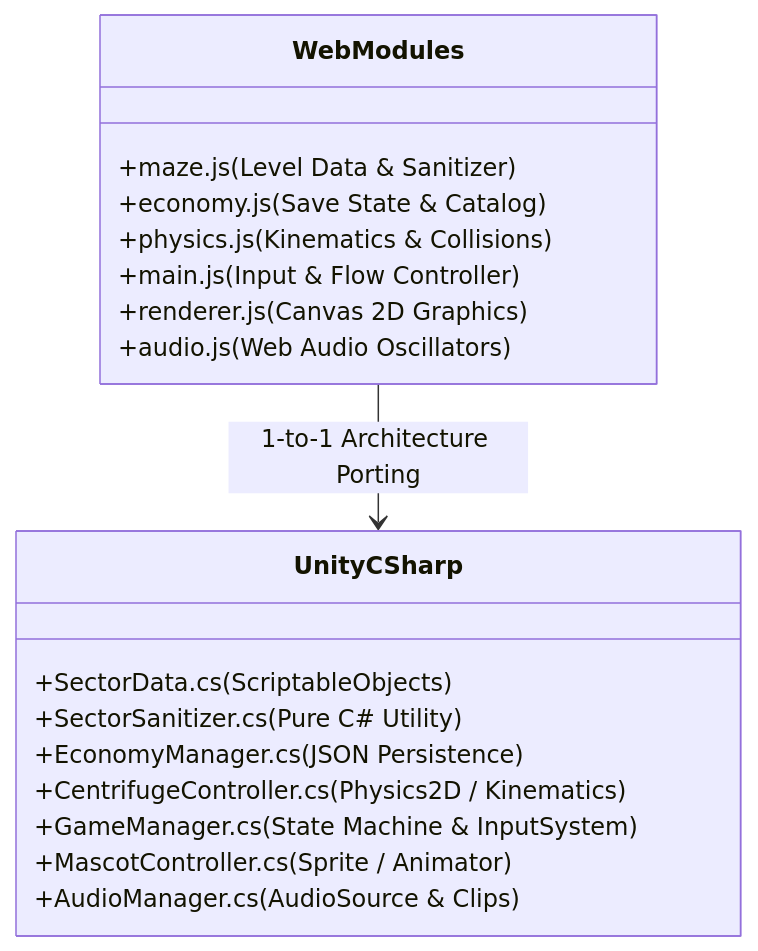
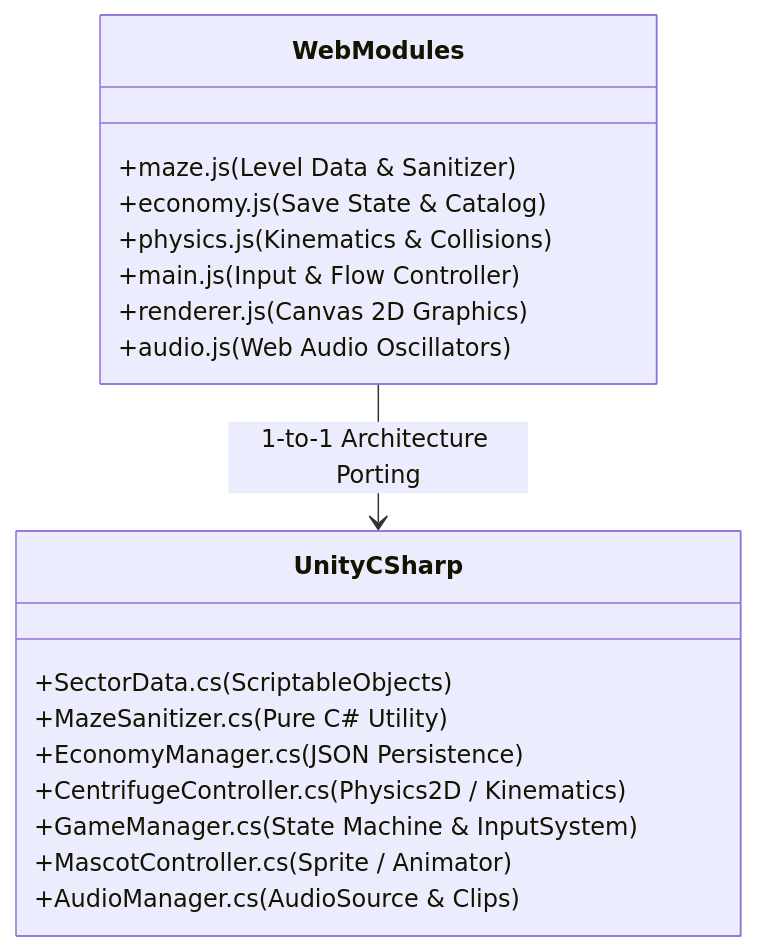
One commit to PhoenixNest/AGENT-PLAYGROUND changed the second of 9 diagrams in games/maze-puzzle/08_UNITY_MIGRATION_AND_IOS_DEPLOYMENT_PLAN.md. Above: the diagram before and after it, drawn with Mermaid. The commit also changed other lines of this file and 90 other files, not shown here.

````diff
--- a/games/maze-puzzle/08_UNITY_MIGRATION_AND_IOS_DEPLOYMENT_PLAN.md
+++ b/games/maze-puzzle/08_UNITY_MIGRATION_AND_IOS_DEPLOYMENT_PLAN.md
@@ -91,23 +106,23 @@
 ```mermaid
 classDiagram
     class WebModules {
         +maze.js (Level Data & Sanitizer)
         +economy.js (Save State & Catalog)
         +physics.js (Kinematics & Collisions)
         +main.js (Input & Flow Controller)
         +renderer.js (Canvas 2D Graphics)
         +audio.js (Web Audio Oscillators)
     }
 
     class UnityCSharp {
         +SectorData.cs (ScriptableObjects)
-        +SectorSanitizer.cs (Pure C# Utility)
+        +MazeSanitizer.cs (Pure C# Utility)
         +EconomyManager.cs (JSON Persistence)
         +CentrifugeController.cs (Physics2D / Kinematics)
         +GameManager.cs (State Machine & InputSystem)
         +MascotController.cs (Sprite / Animator)
         +AudioManager.cs (AudioSource & Clips)
     }
 
     WebModules --> UnityCSharp : 1-to-1 Architecture Porting
 ```
````
